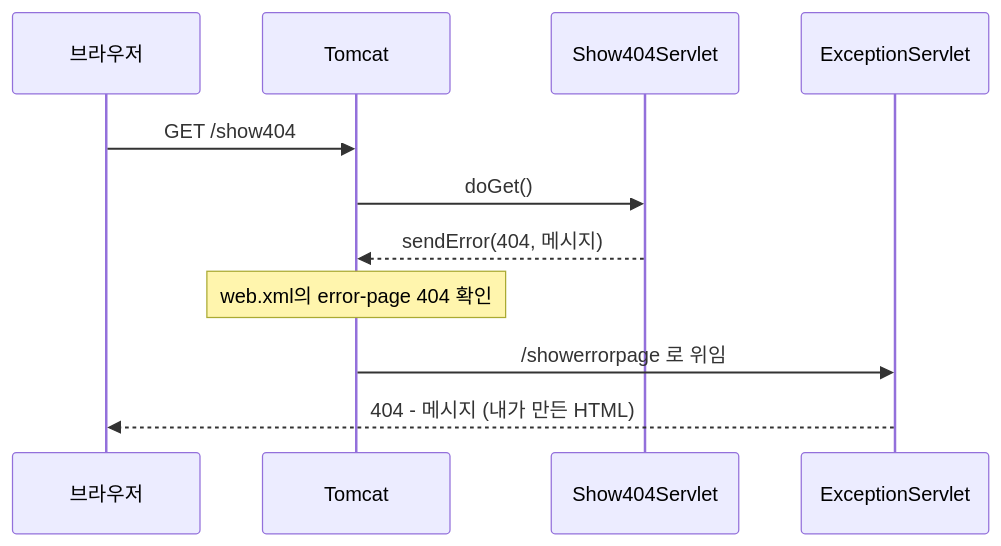
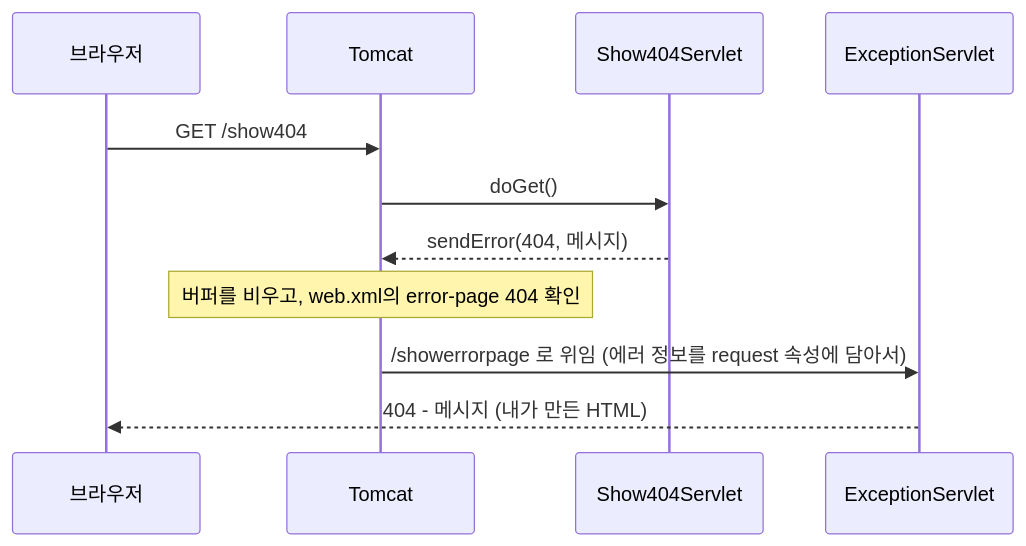
The third of 6 diagrams in _posts/Cloud/학습노트/2026-10-22-m2-day16.md (paaaraaaeaaa/my-blog), drawn with Mermaid before and after one commit. The commit also changed other lines of this file, not shown here.

Commit message:
post: 16일차 — 서블릿의 응답 작성 순서와 한글 인코딩, sendError와 error-page, forward와 redirect의 차이를 HTTP 메시지 수준에서 정리했다.

````diff
--- a/_posts/Cloud/학습노트/2026-10-22-m2-day16.md
+++ b/_posts/Cloud/학습노트/2026-10-22-m2-day16.md
@@ -97,13 +200,13 @@
 ```mermaid
 sequenceDiagram
     participant B as 브라우저
     participant T as Tomcat
     participant S as Show404Servlet
     participant E as ExceptionServlet
     B->>T: GET /show404
     T->>S: doGet()
     S-->>T: sendError(404, 메시지)
-    Note over T: web.xml의 error-page 404 확인
-    T->>E: /showerrorpage 로 위임
+    Note over T: 버퍼를 비우고, web.xml의 error-page 404 확인
+    T->>E: /showerrorpage 로 위임 (에러 정보를 request 속성에 담아서)
     E-->>B: 404 - 메시지 (내가 만든 HTML)
 ```
````
